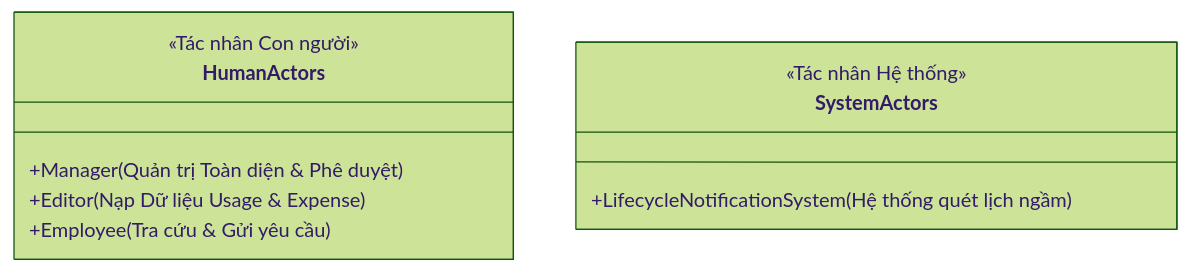
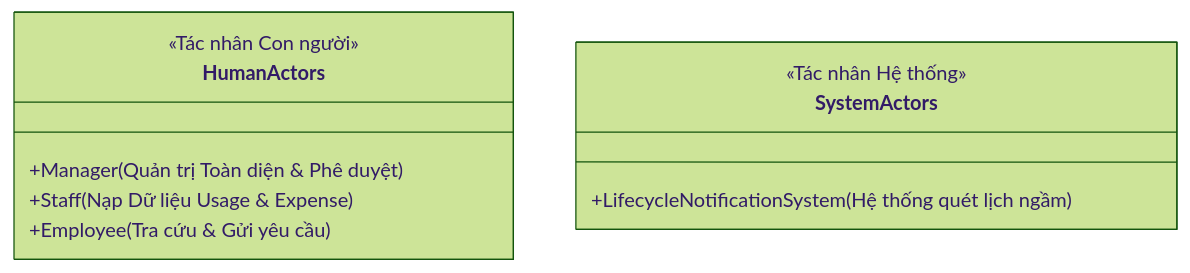
One commit to cuonglpv/VFast changed the first of 3 diagrams in docs/02-use-cases.md. Above: the diagram before and after it, drawn with Mermaid (forest theme). The commit also changed other lines of this file and 12 other files, not shown here.

Commit message:
docs: rename the Editor role to Staff across README, docs, diagrams and mind map

````diff
--- a/docs/02-use-cases.md
+++ b/docs/02-use-cases.md
@@ -11,13 +11,13 @@
 ```mermaid
 classDiagram
     class HumanActors {
         <<Tác nhân Con người>>
         +Manager (Quản trị Toàn diện & Phê duyệt)
-        +Editor (Nạp Dữ liệu Usage & Expense)
+        +Staff (Nạp Dữ liệu Usage & Expense)
         +Employee (Tra cứu & Gửi yêu cầu)
     }
     class SystemActors {
         <<Tác nhân Hệ thống>>
         +LifecycleNotificationSystem (Hệ thống quét lịch ngầm)
     }
 ```
````
